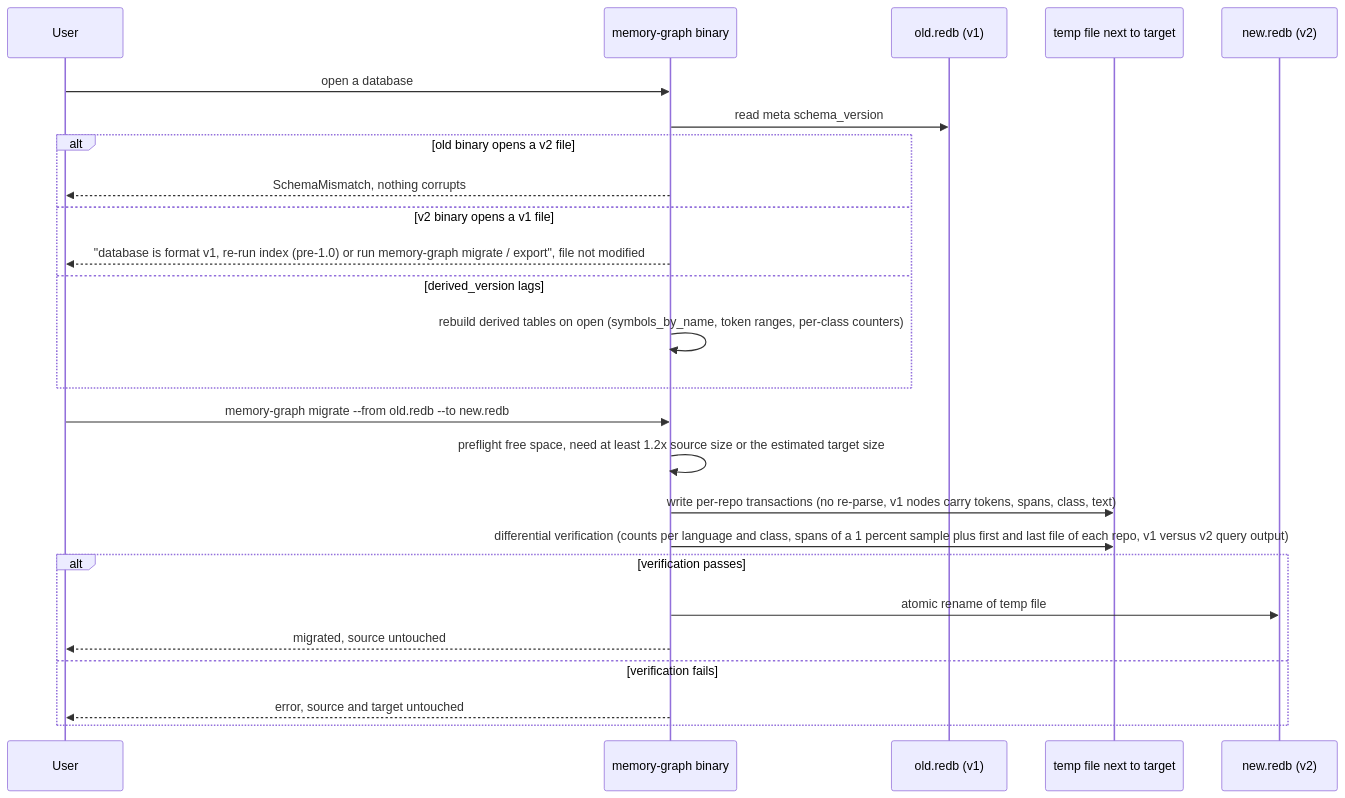
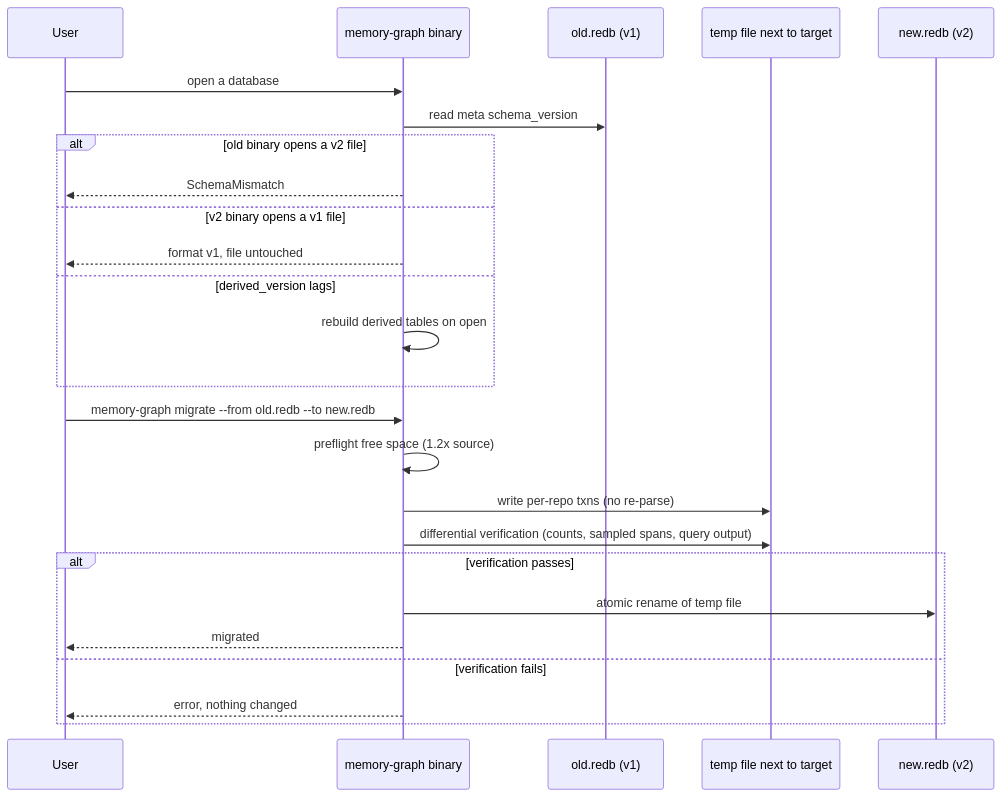
Diagram 17 of 19 in docs/architecture-diagrams.md (P47Phoenix/memory-graph), drawn with Mermaid before and after one commit. The commit also changed other lines of this file and 2 other files, not shown here.

First line of the commit message:
Fix architecture diagram review findings (PR #13)

````diff
--- a/docs/architecture-diagrams.md
+++ b/docs/architecture-diagrams.md
@@ -610,27 +525,27 @@
 ```mermaid
 sequenceDiagram
     participant U as User
     participant Bin as memory-graph binary
     participant Src as old.redb (v1)
     participant Tmp as temp file next to target
     participant Dst as new.redb (v2)
     U->>Bin: open a database
     Bin->>Src: read meta schema_version
     alt old binary opens a v2 file
-        Bin-->>U: SchemaMismatch, nothing corrupts
+        Bin-->>U: SchemaMismatch
     else v2 binary opens a v1 file
-        Bin-->>U: "database is format v1, re-run index (pre-1.0) or run memory-graph migrate / export", file not modified
+        Bin-->>U: format v1, file untouched
     else derived_version lags
-        Bin->>Bin: rebuild derived tables on open (symbols_by_name, token ranges, per-class counters)
+        Bin->>Bin: rebuild derived tables on open
     end
     U->>Bin: memory-graph migrate --from old.redb --to new.redb
-    Bin->>Bin: preflight free space, need at least 1.2x source size or the estimated target size
-    Bin->>Tmp: write per-repo transactions (no re-parse, v1 nodes carry tokens, spans, class, text)
-    Bin->>Tmp: differential verification (counts per language and class, spans of a 1 percent sample plus first and last file of each repo, v1 versus v2 query output)
+    Bin->>Bin: preflight free space (1.2x source)
+    Bin->>Tmp: write per-repo txns (no re-parse)
+    Bin->>Tmp: differential verification (counts, sampled spans, query output)
     alt verification passes
         Bin->>Dst: atomic rename of temp file
-        Bin-->>U: migrated, source untouched
+        Bin-->>U: migrated
     else verification fails
-        Bin-->>U: error, source and target untouched
+        Bin-->>U: error, nothing changed
     end
 ```
````
